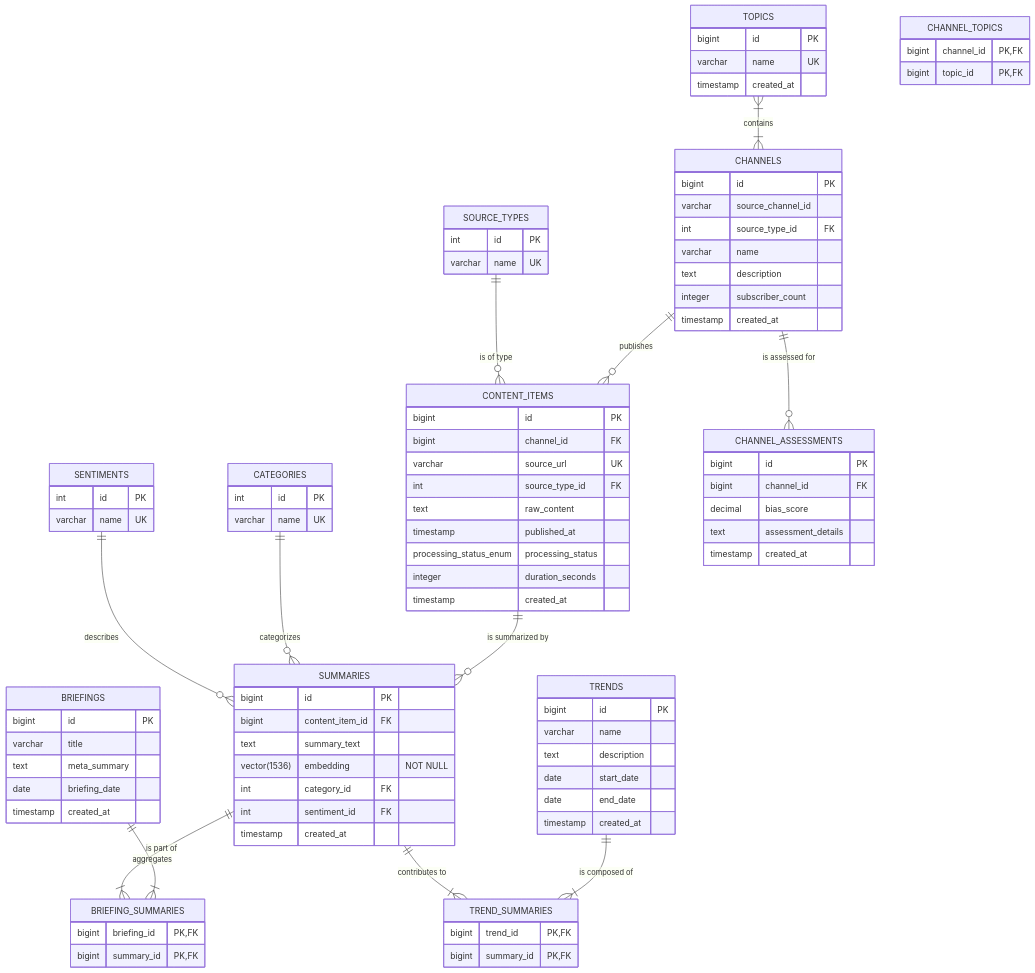
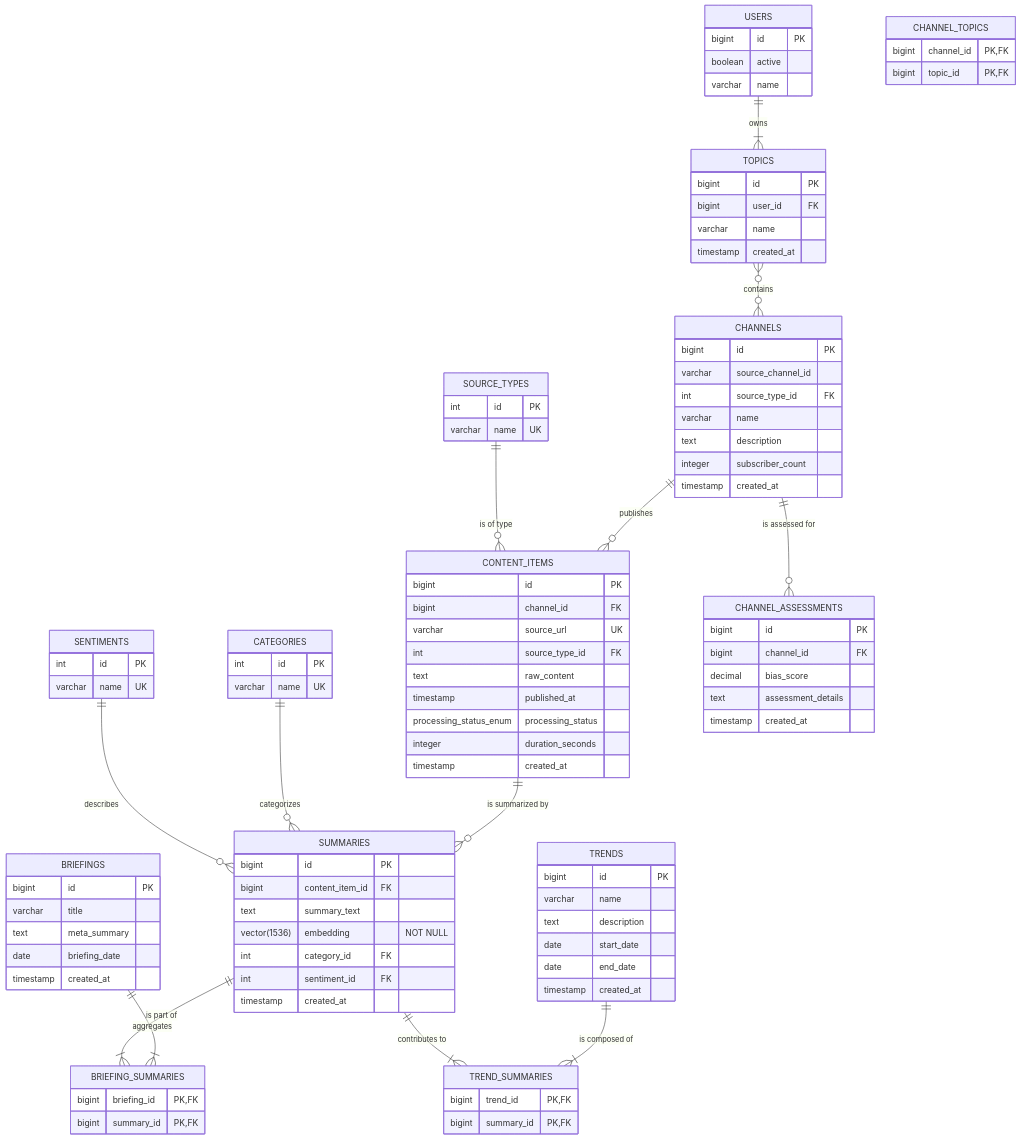
One commit to sjuresa/povzetkar changed the diagram in docs/sdlc/04_database_design.md. Above: the diagram before and after it, drawn with Mermaid. The commit also changed other lines of this file and 6 other files, not shown here.

First line of the commit message:
feat(model): Introduce User entity and make Topic multi-tenant

````diff
--- a/docs/sdlc/04_database_design.md
+++ b/docs/sdlc/04_database_design.md
@@ -22,5 +23,7 @@
 ```mermaid
 erDiagram
+    USERS ||--|{ TOPICS : "owns"
+    TOPICS }o--o{ CHANNELS : "contains"
     CHANNELS ||--o{ CONTENT_ITEMS : "publishes"
     CONTENT_ITEMS ||--o{ SUMMARIES : "is summarized by"
     CATEGORIES ||--o{ SUMMARIES : "categorizes"
@@ -30,13 +33,18 @@
     TRENDS ||--|{ TREND_SUMMARIES : "is composed of"
     SUMMARIES ||--|{ TREND_SUMMARIES : "contributes to"
     SOURCE_TYPES ||--o{ CONTENT_ITEMS : "is of type"
+    CHANNELS ||--o{ CHANNEL_ASSESSMENTS : "is assessed for"
 
-    CHANNELS ||--o{ CHANNEL_ASSESSMENTS : "is assessed for"
-    TOPICS }|--|{ CHANNELS : "contains"
+    USERS {
+        bigint id PK
+        boolean active
+        varchar name
+    }
 
     TOPICS {
         bigint id PK
-        varchar name UK
+        bigint user_id FK
+        varchar name
         timestamp created_at
     }
 
@@ -48,6 +56,11 @@
         text description
         integer subscriber_count
         timestamp created_at
+    }
+
+    CHANNEL_TOPICS {
+        bigint channel_id PK, FK
+        bigint topic_id PK, FK
     }
 
     CONTENT_ITEMS {
@@ -90,11 +103,6 @@
         bigint summary_id PK, FK
     }
 
-    CHANNEL_TOPICS {
-        bigint channel_id PK, FK
-        bigint topic_id PK, FK
-    }
-
     SENTIMENTS {
         int id PK
         varchar name UK
````
